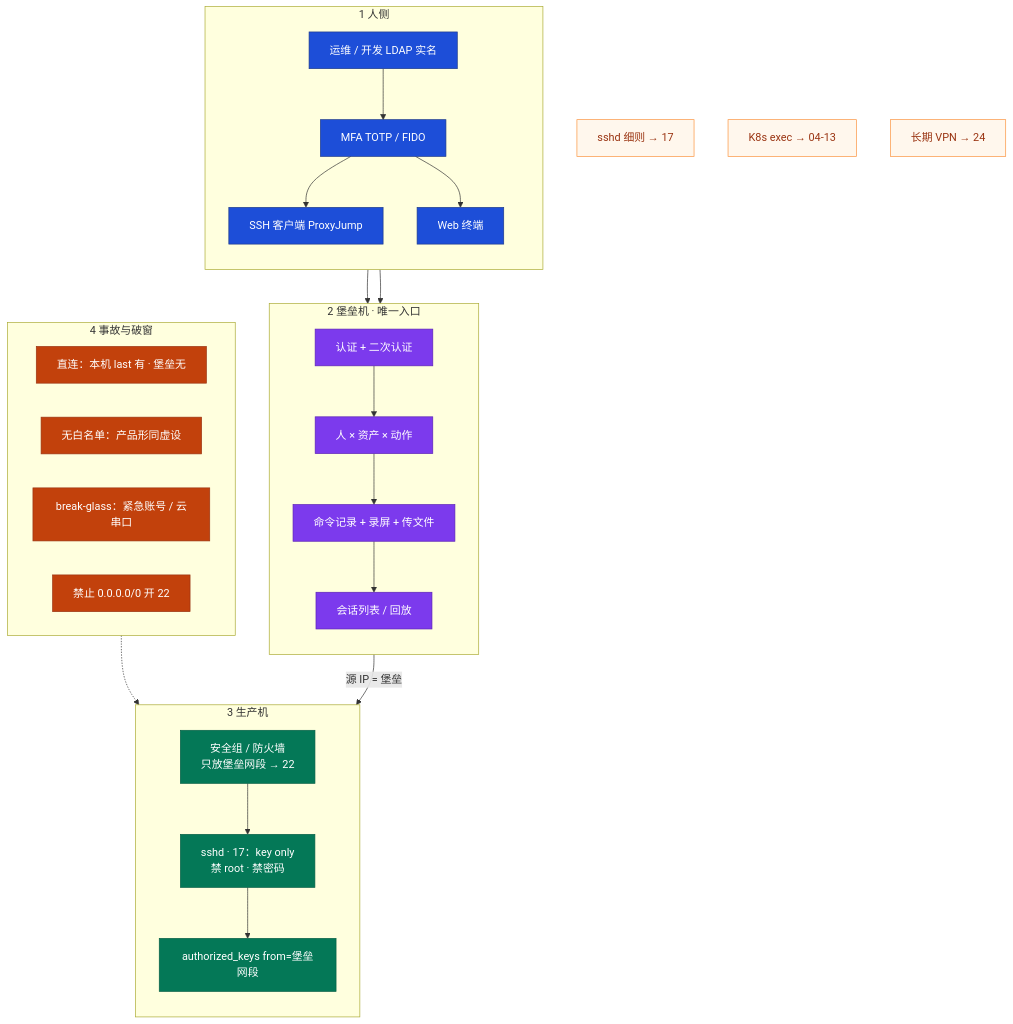
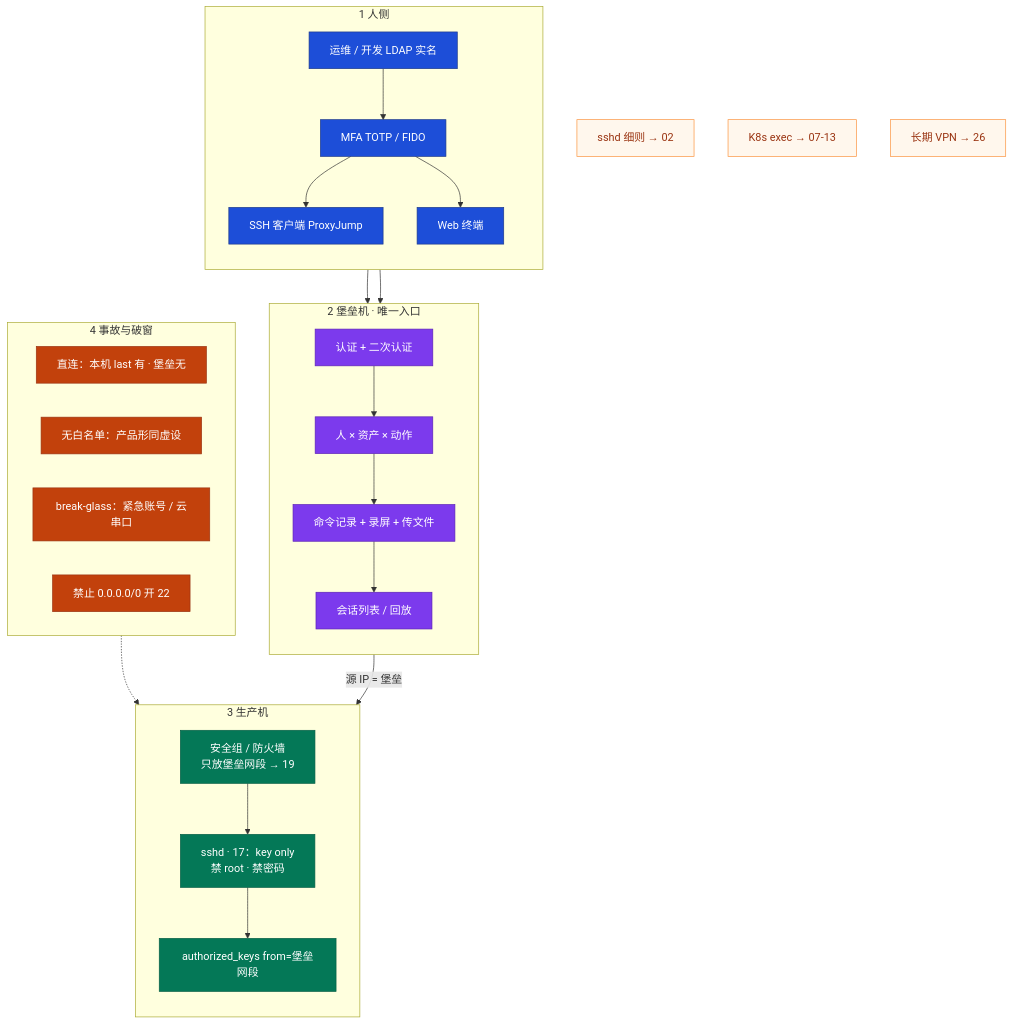
The first of 5 diagrams in 01-基础底座/28-堡垒机与跳板机/知识点.md (ml-cuizijun/LearnToLilith), drawn with Mermaid before and after one commit. The commit also changed other lines of this file and 56 other files, not shown here.

````diff
--- a/01-基础底座/28-堡垒机与跳板机/知识点.md
+++ b/01-基础底座/28-堡垒机与跳板机/知识点.md
@@ -62,50 +62,50 @@
 ```mermaid
 flowchart TB
     classDef people fill:#1D4ED8,stroke:#1E3A8A,color:#fff
     classDef bast fill:#7C3AED,stroke:#5B21B6,color:#fff
     classDef prod fill:#047857,stroke:#065F46,color:#fff
     classDef danger fill:#C2410C,stroke:#9A3412,color:#fff
     classDef note fill:#FFF7ED,stroke:#FB923C,color:#9A3412
 
     subgraph PEOPLE["1 人侧"]
         direction TB
         U["运维 / 开发 LDAP 实名"] --> MFA["MFA TOTP / FIDO"]
         MFA --> CLI["SSH 客户端 ProxyJump"]
         MFA --> WEB["Web 终端"]
     end
 
     subgraph BASTION["2 堡垒机 · 唯一入口"]
         direction TB
         AUTH["认证 + 二次认证"] --> RBAC["人 × 资产 × 动作"]
         RBAC --> AUD["命令记录 + 录屏 + 传文件"]
         AUD --> SESS["会话列表 / 回放"]
     end
 
     subgraph PROD["3 生产机"]
         direction TB
-        SG["安全组 / 防火墙<br/>只放堡垒网段 → 22"] --> SSHD["sshd · 17：key only<br/>禁 root · 禁密码"]
+        SG["安全组 / 防火墙<br/>只放堡垒网段 → 19"] --> SSHD["sshd · 17：key only<br/>禁 root · 禁密码"]
         SSHD --> FROM["authorized_keys from=堡垒网段"]
     end
 
     subgraph FAIL["4 事故与破窗"]
         direction LR
         D1["直连：本机 last 有 · 堡垒无"]
         D2["无白名单：产品形同虚设"]
         D3["break-glass：紧急账号 / 云串口"]
         D4["禁止 0.0.0.0/0 开 22"]
     end
 
     CLI --> AUTH
     WEB --> AUTH
     SESS -->|"源 IP = 堡垒"| SG
     D3 -.-> SSHD
 
-    N1["sshd 细则 → 17"]:::note
-    N2["K8s exec → 04-13"]:::note
-    N3["长期 VPN → 24"]:::note
+    N1["sshd 细则 → 02"]:::note
+    N2["K8s exec → 07-13"]:::note
+    N3["长期 VPN → 26"]:::note
 
     class U,MFA,CLI,WEB people
     class AUTH,RBAC,AUD,SESS bast
     class SG,SSHD,FROM prod
     class D1,D2,D3,D4 danger
 ```
````
